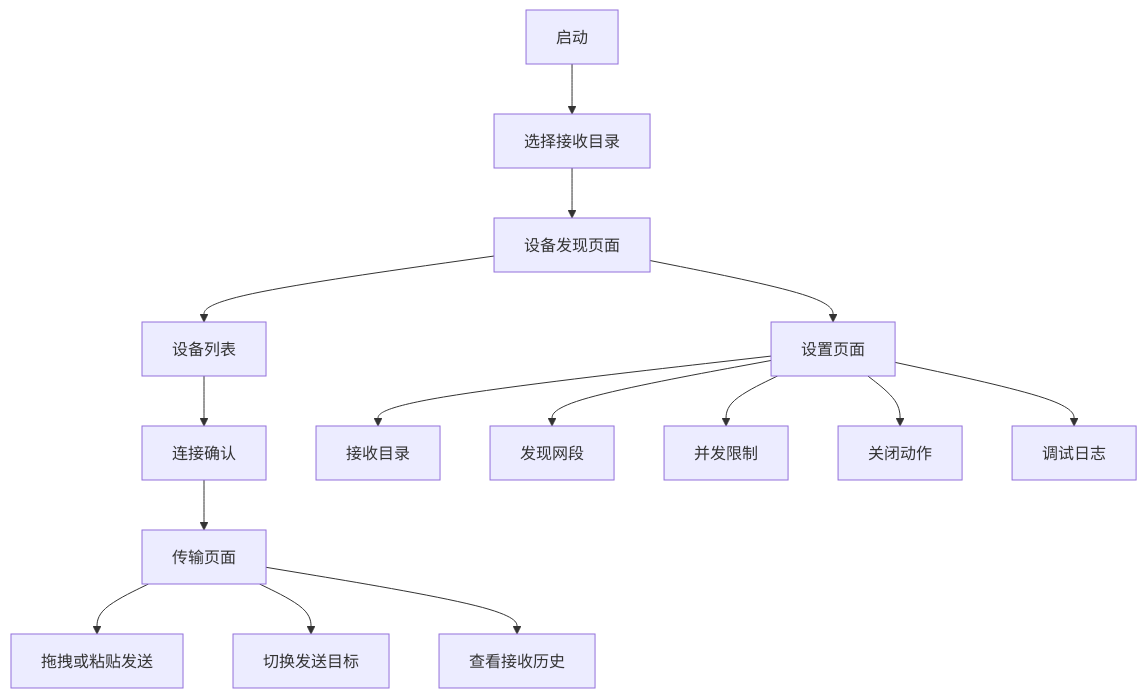
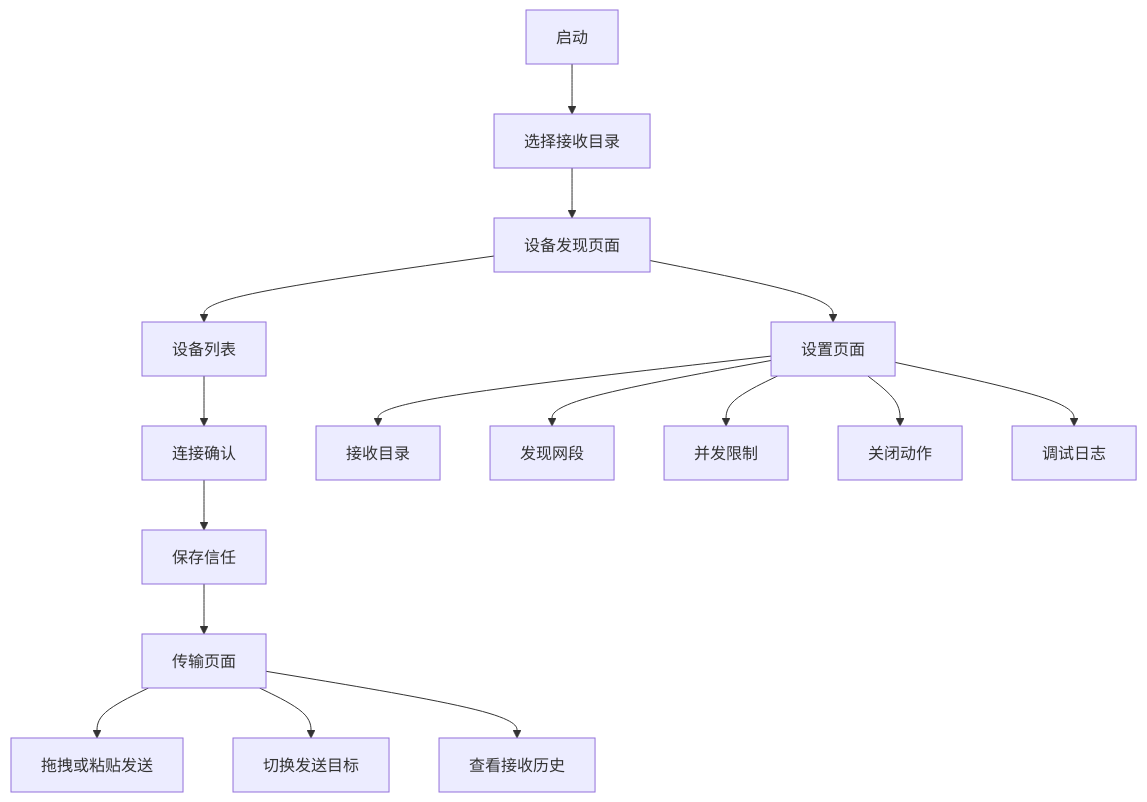
The first of 25 diagrams in docs/design-architecture.zh_CN.md (dengzhongyuan365-dev/filetransfer), drawn with Mermaid before and after one commit. The commit also changed other lines of this file and 6 other files, not shown here.

````diff
--- a/docs/design-architecture.zh_CN.md
+++ b/docs/design-architecture.zh_CN.md
@@ -41,17 +42,18 @@
 ```mermaid
 graph TD
     A["启动"] --> B["选择接收目录"]
     B --> C["设备发现页面"]
     C --> D["设备列表"]
     D --> E["连接确认"]
-    E --> F["传输页面"]
+    E --> P["保存信任"]
+    P --> F["传输页面"]
     F --> G["拖拽或粘贴发送"]
     F --> H["切换发送目标"]
     F --> I["查看接收历史"]
     C --> J["设置页面"]
     J --> K["接收目录"]
     J --> L["发现网段"]
     J --> M["并发限制"]
     J --> N["关闭动作"]
     J --> O["调试日志"]
 ```
````
